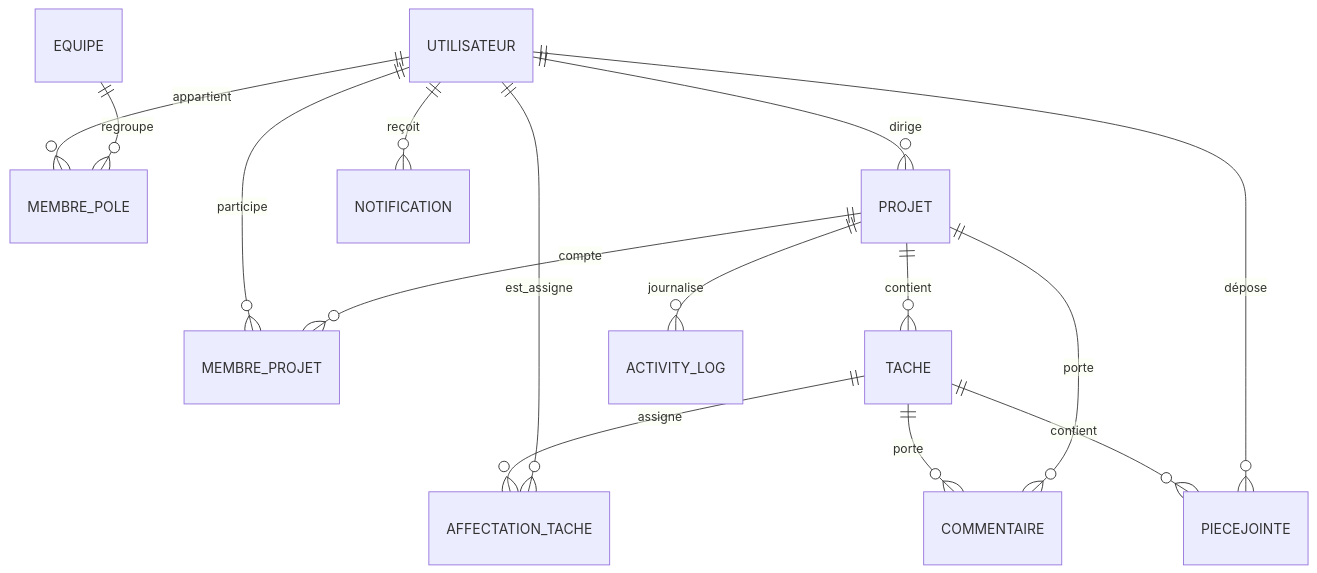
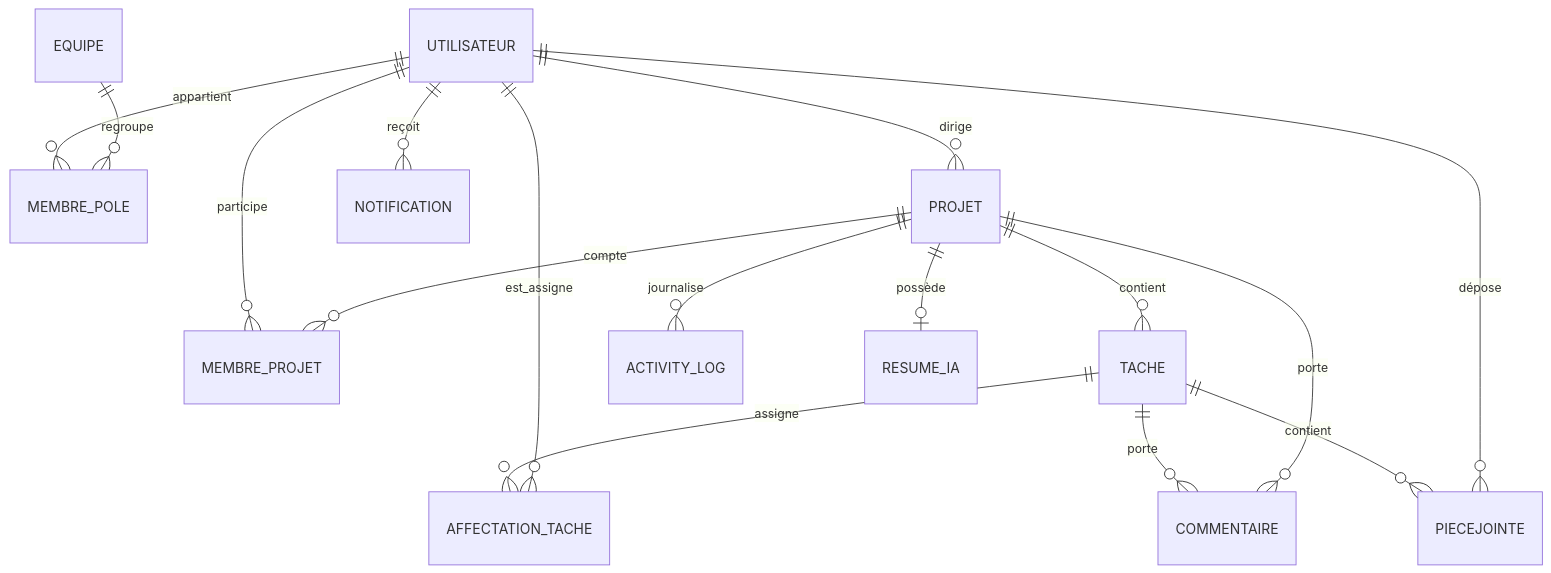
One commit to sghaierchahd9-cmd/CollabHub changed the second of 2 diagrams in README.md. Above: the diagram before and after it, drawn with Mermaid. The commit also changed other lines of this file, not shown here.

````diff
--- a/README.md
+++ b/README.md
@@ -127,17 +134,18 @@
 ```mermaid
 erDiagram
     UTILISATEUR ||--o{ MEMBRE_POLE : appartient
     EQUIPE ||--o{ MEMBRE_POLE : regroupe
     UTILISATEUR ||--o{ MEMBRE_PROJET : participe
     PROJET ||--o{ MEMBRE_PROJET : compte
     UTILISATEUR ||--o{ PROJET : dirige
     PROJET ||--o{ TACHE : contient
     TACHE ||--o{ AFFECTATION_TACHE : assigne
     UTILISATEUR ||--o{ AFFECTATION_TACHE : est_assigne
     TACHE ||--o{ COMMENTAIRE : porte
     PROJET ||--o{ COMMENTAIRE : porte
     TACHE ||--o{ PIECEJOINTE : contient
     UTILISATEUR ||--o{ PIECEJOINTE : dépose
     UTILISATEUR ||--o{ NOTIFICATION : reçoit
     PROJET ||--o{ ACTIVITY_LOG : journalise
+    PROJET ||--o| RESUME_IA : possède
 ```
````
